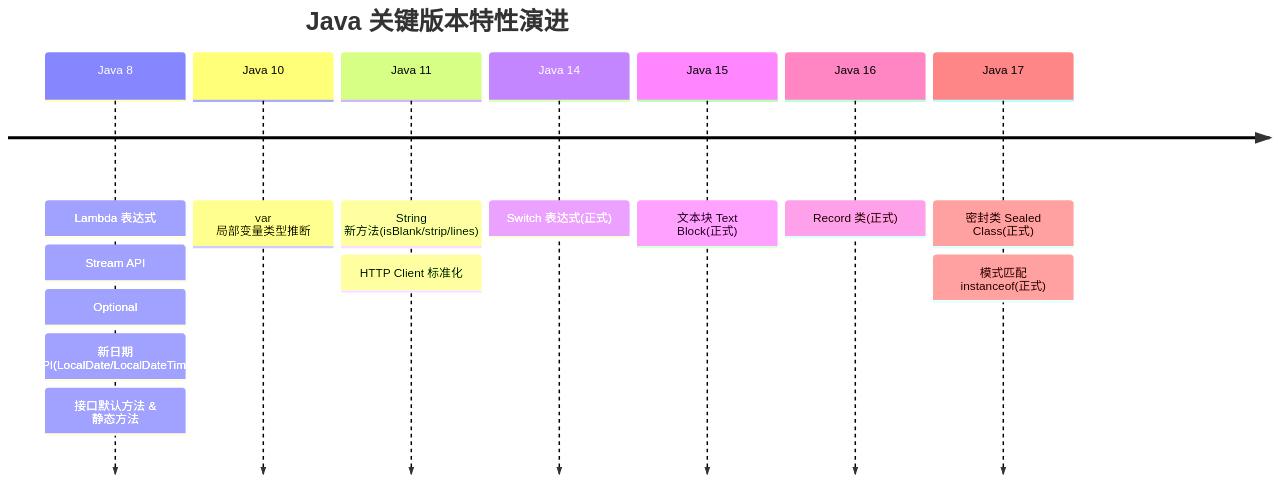
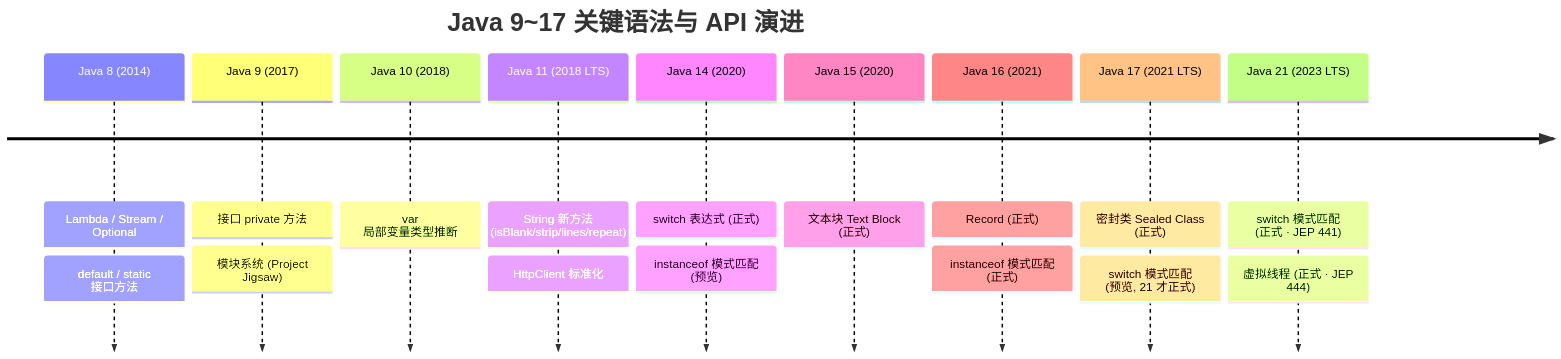
Before and after one commit to b1tzer/b1tzer.github.io: the diagram in docs/01-java-basic/91-Java9-17关键新特性.md, drawn with Mermaid. The commit also changed other lines of this file and 23 other files, not shown here.

````diff
--- a/docs/01-java-basic/91-Java9-17关键新特性.md
+++ b/docs/01-java-basic/91-Java9-17关键新特性.md
@@ -154,17 +501,20 @@
 ```mermaid
 timeline
-    title Java 关键版本特性演进
-    Java 8  : Lambda 表达式
-            : Stream API
-            : Optional
-            : 新日期 API(LocalDate/LocalDateTime)
-            : 接口默认方法 & 静态方法
-    Java 10 : var 局部变量类型推断
-    Java 11 : String 新方法(isBlank/strip/lines)
-            : HTTP Client 标准化
-    Java 14 : Switch 表达式(正式)
-    Java 15 : 文本块 Text Block(正式)
-    Java 16 : Record 类(正式)
-    Java 17 : 密封类 Sealed Class(正式)
-            : 模式匹配 instanceof(正式)
+    title Java 9~17 关键语法与 API 演进
+    Java 8 (2014) : Lambda / Stream / Optional
+                  : default / static 接口方法
+    Java 9 (2017) : 接口 private 方法
+                  : 模块系统 (Project Jigsaw)
+    Java 10 (2018) : var 局部变量类型推断
+    Java 11 (2018 LTS) : String 新方法 (isBlank/strip/lines/repeat)
+                       : HttpClient 标准化
+    Java 14 (2020) : switch 表达式 (正式)
+                   : instanceof 模式匹配 (预览)
+    Java 15 (2020) : 文本块 Text Block (正式)
+    Java 16 (2021) : Record (正式)
+                   : instanceof 模式匹配 (正式)
+    Java 17 (2021 LTS) : 密封类 Sealed Class (正式)
+                       : switch 模式匹配 (预览, 21 才正式)
+    Java 21 (2023 LTS) : switch 模式匹配 (正式 · JEP 441)
+                       : 虚拟线程 (正式 · JEP 444)
 ```
````
